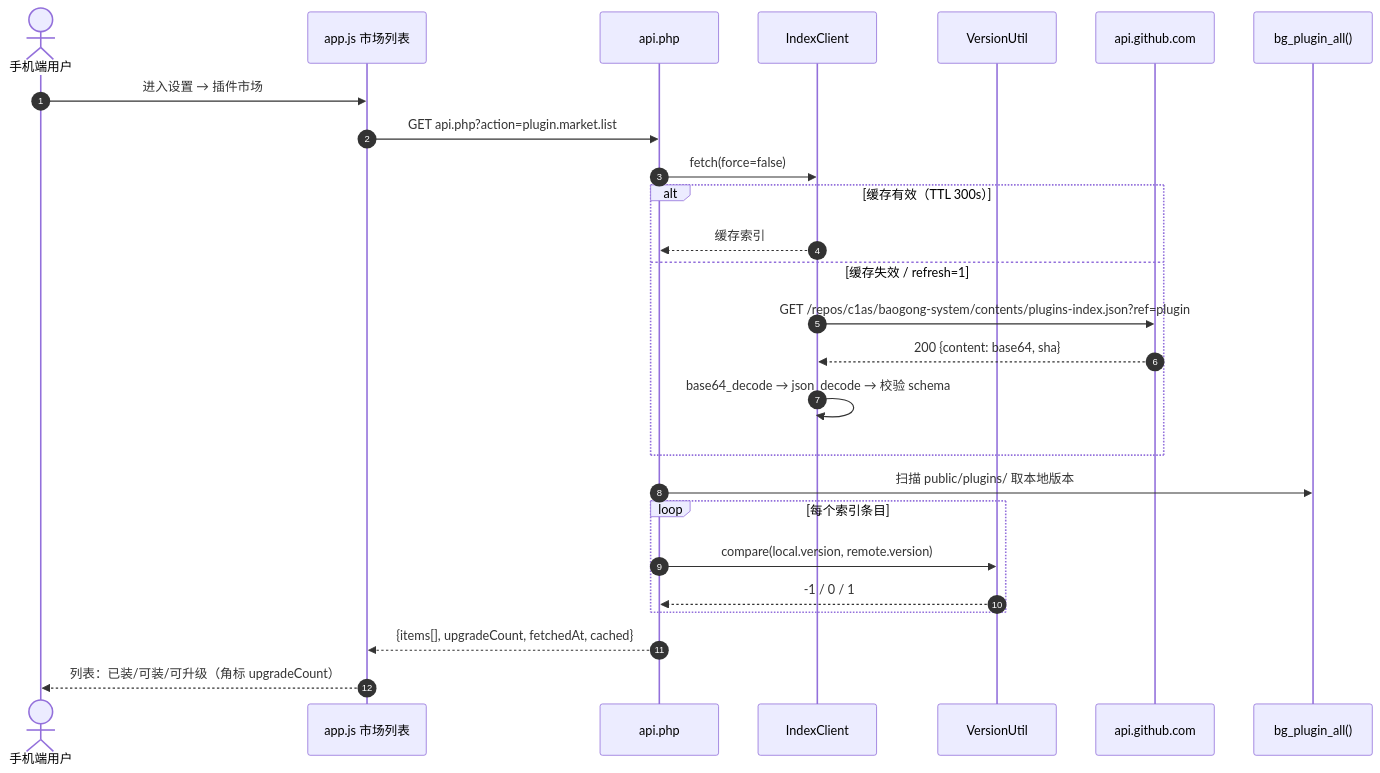
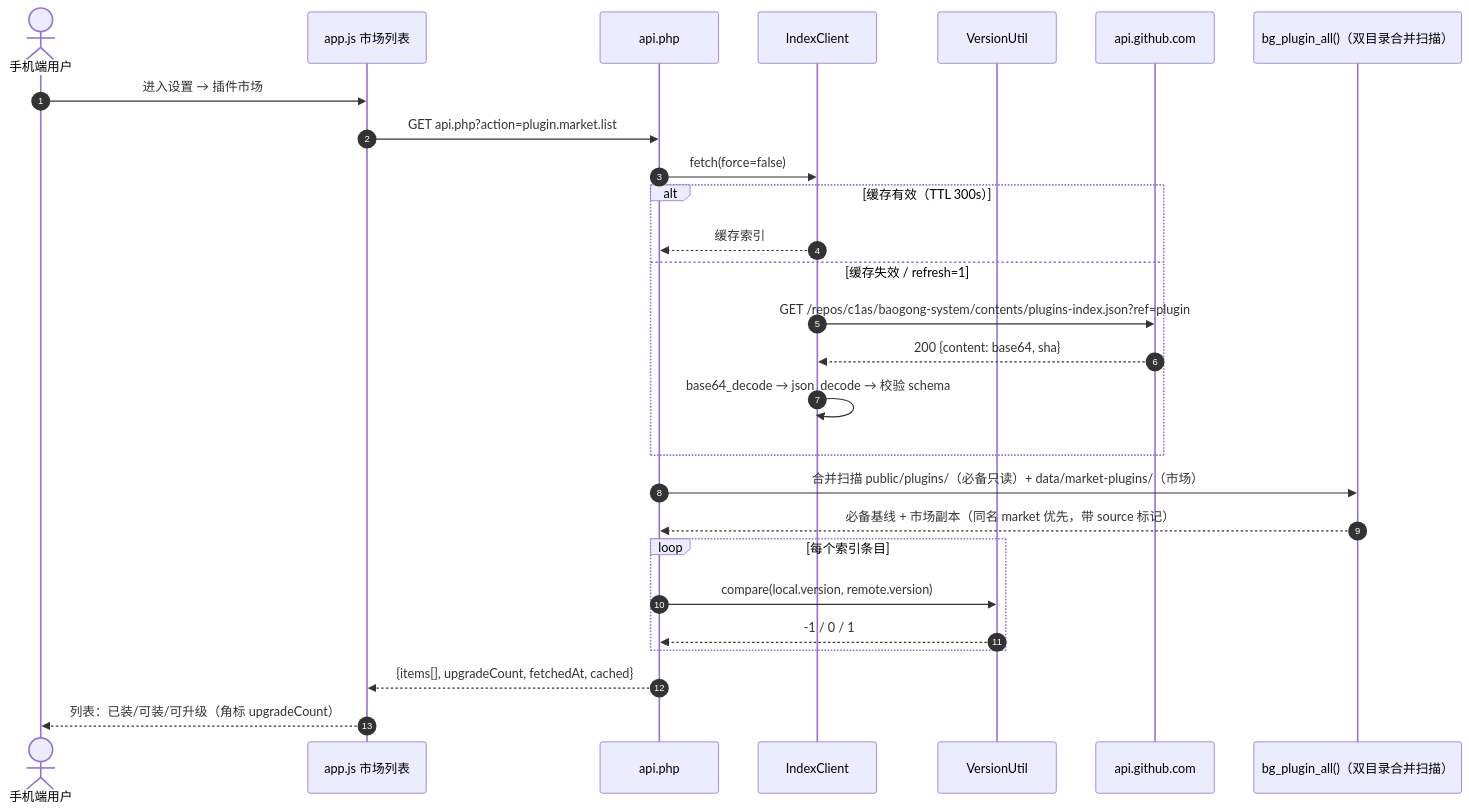
One commit to c1as/baogong-system changed the second of 3 diagrams in docs/打包工作流文档.md. Above: the diagram before and after it, drawn with Mermaid. The commit also changed other lines of this file, not shown here.

````diff
--- a/docs/打包工作流文档.md
+++ b/docs/打包工作流文档.md
@@ -470,29 +471,30 @@
 ```mermaid
 sequenceDiagram
     autonumber
     actor U as 手机端用户
     participant UI as app.js 市场列表
     participant API as api.php
     participant IC as IndexClient
     participant VH as VersionUtil
     participant GH as api.github.com
-    participant LOC as bg_plugin_all()
+    participant LOC as bg_plugin_all()（双目录合并扫描）
 
     U->>UI: 进入设置 → 插件市场
     UI->>API: GET api.php?action=plugin.market.list
     API->>IC: fetch(force=false)
     alt 缓存有效（TTL 300s）
         IC-->>API: 缓存索引
     else 缓存失效 / refresh=1
         IC->>GH: GET /repos/c1as/baogong-system/contents/plugins-index.json?ref=plugin
         GH-->>IC: 200 {content: base64, sha}
         IC->>IC: base64_decode → json_decode → 校验 schema
     end
-    API->>LOC: 扫描 public/plugins/ 取本地版本
+    API->>LOC: 合并扫描 public/plugins/（必备只读）+ data/market-plugins/（市场）
+    LOC-->>API: 必备基线 + 市场副本（同名 market 优先，带 source 标记）
     loop 每个索引条目
         API->>VH: compare(local.version, remote.version)
         VH-->>API: -1 / 0 / 1
     end
     API-->>UI: {items[], upgradeCount, fetchedAt, cached}
     UI-->>U: 列表：已装/可装/可升级（角标 upgradeCount）
 ```
````
